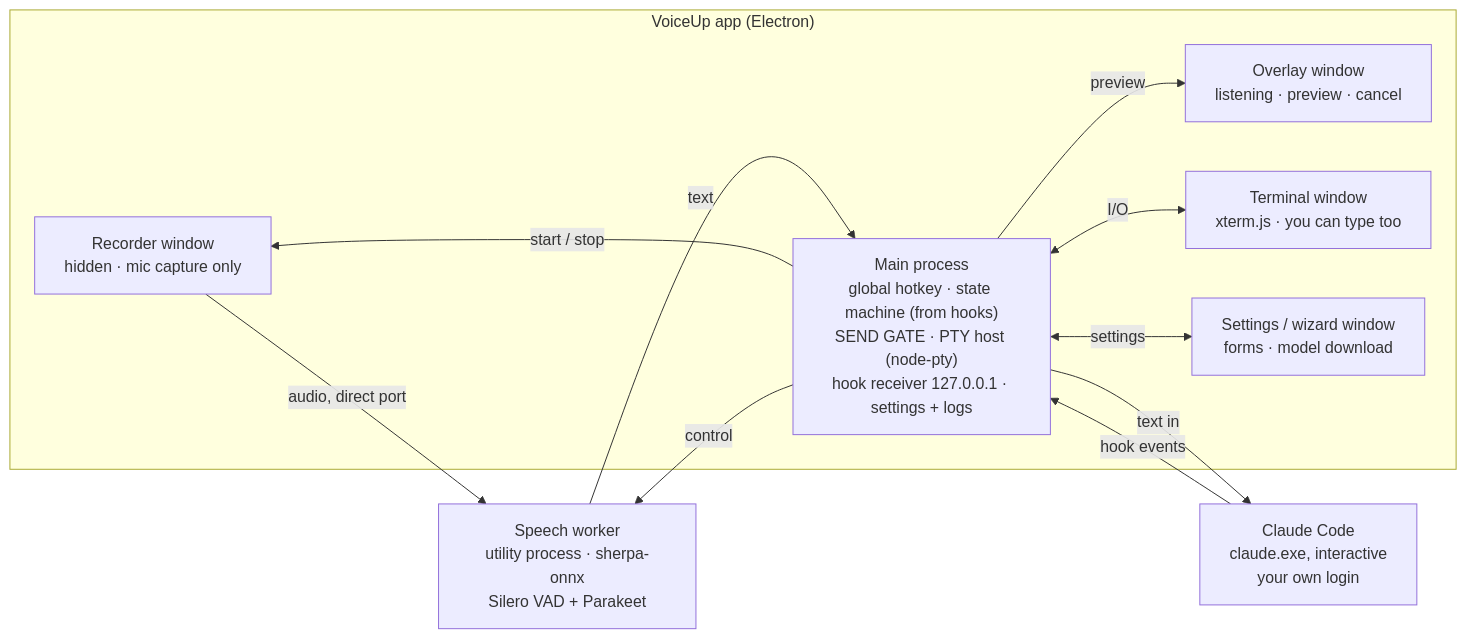
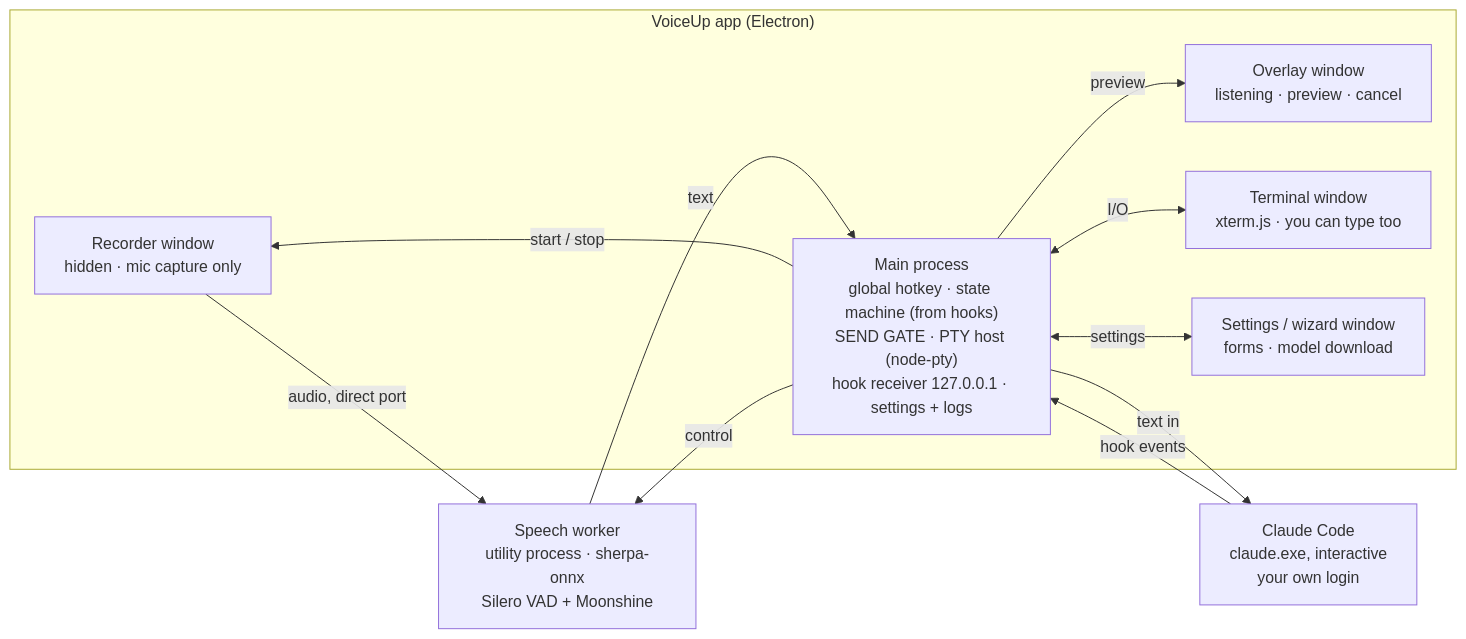
The first of 2 diagrams in docs/PLAN.md (AntonioPreprotnik/VoiceUp), drawn with Mermaid before and after one commit. The commit also changed other lines of this file and 22 other files, not shown here.

First line of the commit message:
docs(S4.1): decision note, sherpa-onnx in packaged Electron, Moonshine default

````diff
--- a/docs/PLAN.md
+++ b/docs/PLAN.md
@@ -59,21 +59,21 @@
 ```mermaid
 flowchart LR
   subgraph APP["VoiceUp app (Electron)"]
     R["Recorder window<br/>hidden · mic capture only"]
     O["Overlay window<br/>listening · preview · cancel"]
     T["Terminal window<br/>xterm.js · you can type too"]
     G["Settings / wizard window<br/>forms · model download"]
     M["Main process<br/>global hotkey · state machine (from hooks)<br/>SEND GATE · PTY host (node-pty)<br/>hook receiver 127.0.0.1 · settings + logs"]
   end
   C["Claude Code<br/>claude.exe, interactive<br/>your own login"]
-  W["Speech worker<br/>utility process · sherpa-onnx<br/>Silero VAD + Parakeet"]
+  W["Speech worker<br/>utility process · sherpa-onnx<br/>Silero VAD + Moonshine"]
   M -- start / stop --> R
   R -- audio, direct port --> W
   M -- preview --> O
   M <-- I/O --> T
   M -- text in --> C
   C -- hook events --> M
   M -- control --> W
   M <-- settings --> G
   W -- text --> M
 ```
````
